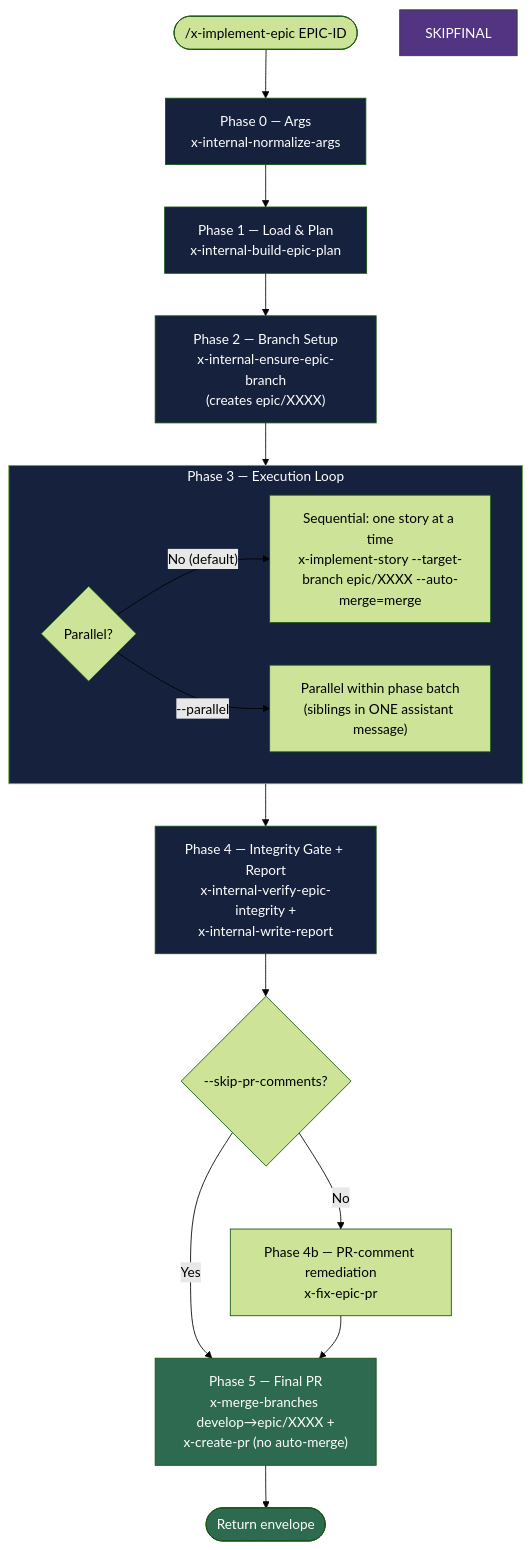
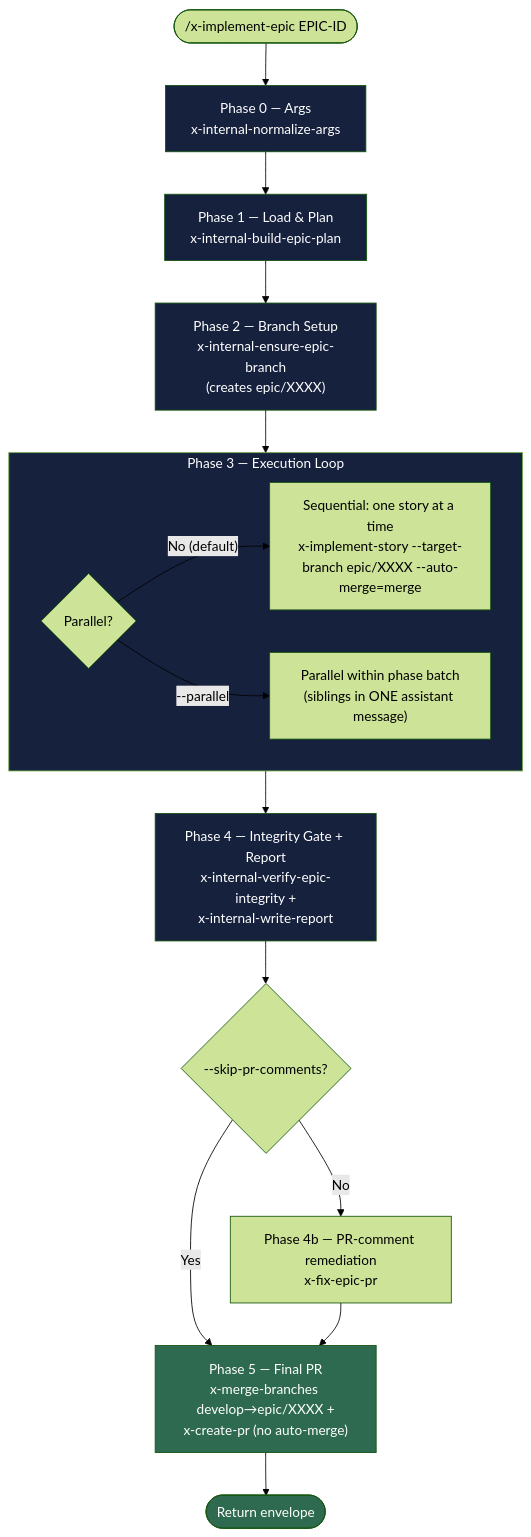
Before and after one commit to review-bench/edercnj_ia-dev-environment: the first of 2 diagrams in src/main/resources/claude/skills/x-implement-epic/README.md, drawn with Mermaid (forest theme). The commit also changed 8 other files, not shown here.

````diff
--- a/src/main/resources/claude/skills/x-implement-epic/README.md
+++ b/src/main/resources/claude/skills/x-implement-epic/README.md
@@ -11,33 +11,32 @@
 ```mermaid
 flowchart TD
     START(["/x-implement-epic EPIC-ID"]) --> P0
 
     P0["Phase 0 — Args<br/>x-internal-normalize-args"] --> P1N["Phase 1 — Load & Plan<br/>x-internal-build-epic-plan"]
 
     P1N --> P2["Phase 2 — Branch Setup<br/>x-internal-ensure-epic-branch<br/>(creates epic/XXXX)"]
     P2 --> P3N
 
     subgraph P3N["Phase 3 — Execution Loop"]
         P3N_SEQ{"Parallel?"}
         P3N_SEQ -->|"No (default)"| SEQ["Sequential: one story at a time<br/>x-implement-story --target-branch epic/XXXX --auto-merge=merge"]
         P3N_SEQ -->|"--parallel"| PAR["Parallel within phase batch<br/>(siblings in ONE assistant message)"]
     end
 
     P3N --> P4["Phase 4 — Integrity Gate + Report<br/>x-internal-verify-epic-integrity +<br/>x-internal-write-report"]
 
     P4 --> P4B{"--skip-pr-comments?"}
     P4B -->|"No"| P4C["Phase 4b — PR-comment remediation<br/>x-fix-epic-pr"]
     P4B -->|"Yes"| P5N
     P4C --> P5N["Phase 5 — Final PR<br/>x-merge-branches develop→epic/XXXX +<br/>x-create-pr (no auto-merge)"]
 
     P5N --> DONE(["Return envelope"])
 
     style P0 fill:#16213e,color:#fff
     style P1N fill:#16213e,color:#fff
     style P2 fill:#16213e,color:#fff
     style P3N fill:#16213e,color:#fff
     style P4 fill:#16213e,color:#fff
     style P5N fill:#2d6a4f,color:#fff
-    style SKIPFINAL fill:#533483,color:#fff
     style DONE fill:#2d6a4f,color:#fff
 ```
````
